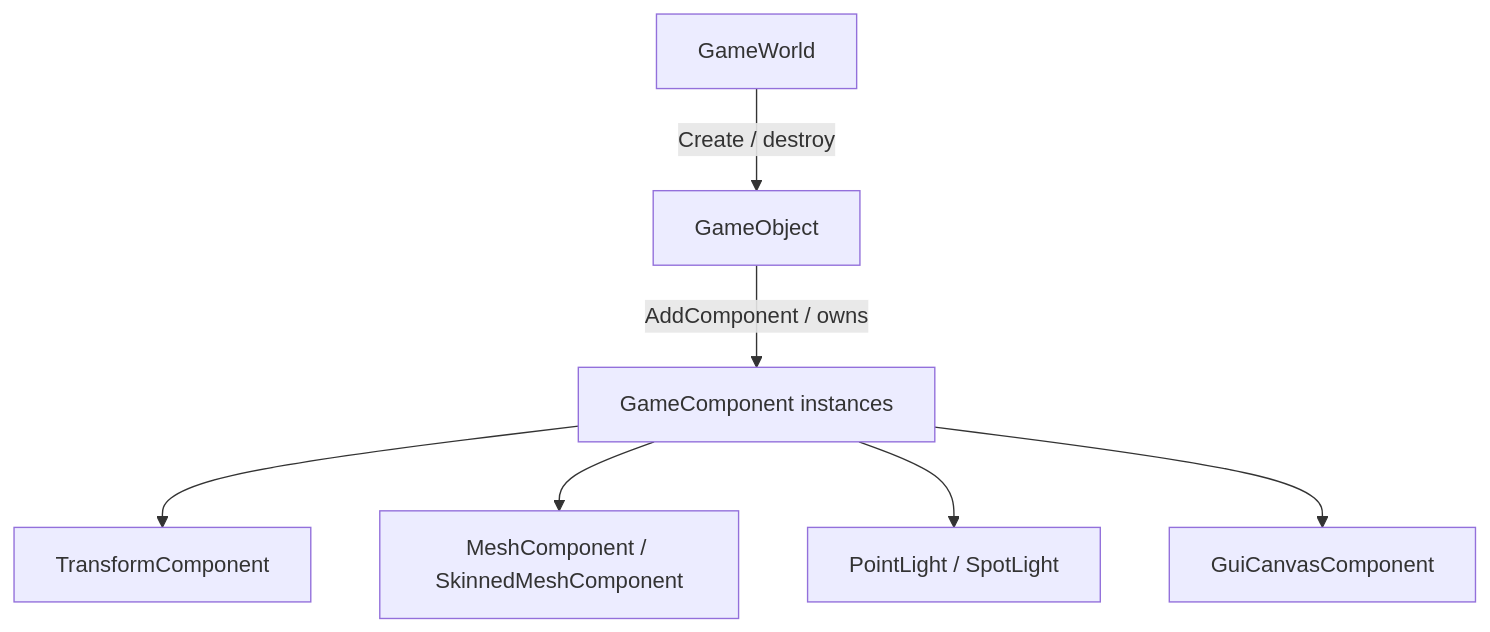
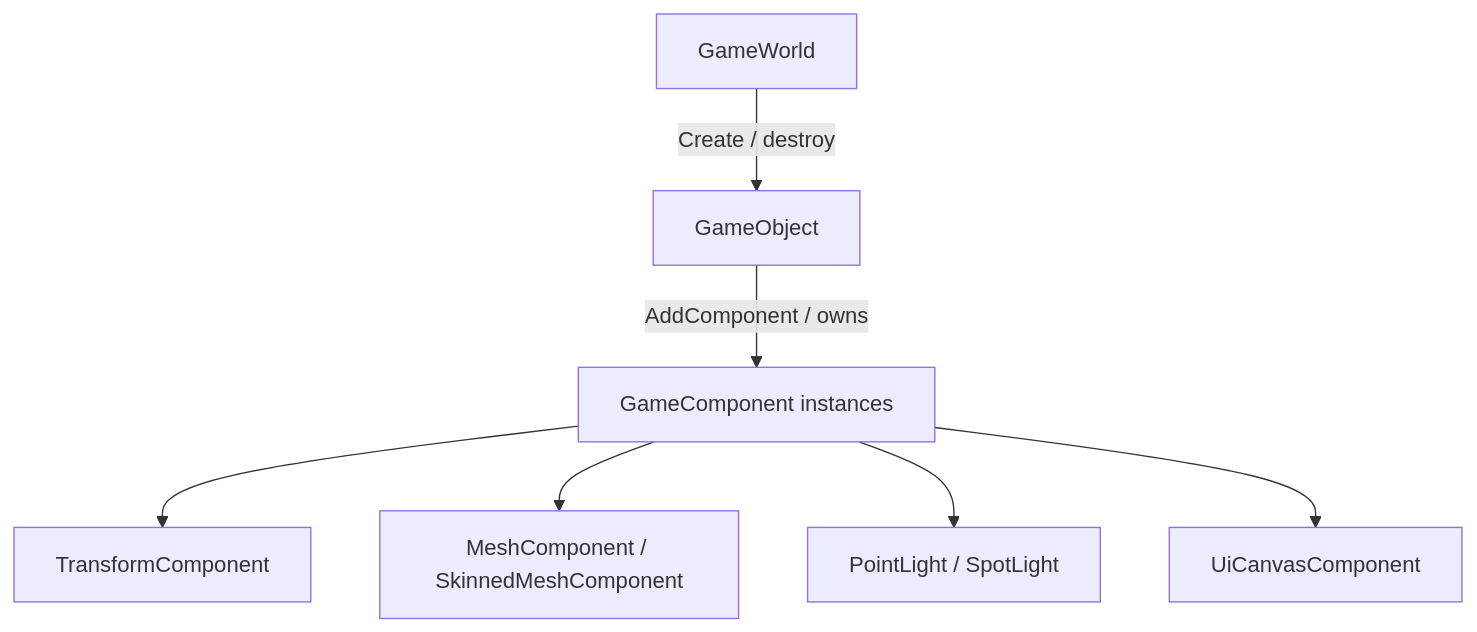
The fourth of 4 diagrams in docs/ARCHITECTURE_AND_DEVELOPER_GUIDE.md (hoihky/spark), drawn with Mermaid before and after one commit. The commit also changed other lines of this file and 263 other files, not shown here.

````diff
--- a/docs/ARCHITECTURE_AND_DEVELOPER_GUIDE.md
+++ b/docs/ARCHITECTURE_AND_DEVELOPER_GUIDE.md
@@ -529,12 +531,12 @@
 ```mermaid
 flowchart TB
     GW[GameWorld]
     GO[GameObject]
     GC[GameComponent instances]
     GW -->|"Create / destroy"| GO
     GO -->|"AddComponent / owns"| GC
     GC --> T[TransformComponent]
     GC --> M[MeshComponent / SkinnedMeshComponent]
     GC --> L[PointLight / SpotLight]
-    GC --> U[GuiCanvasComponent]
+    GC --> U[UiCanvasComponent]
 ```
````
